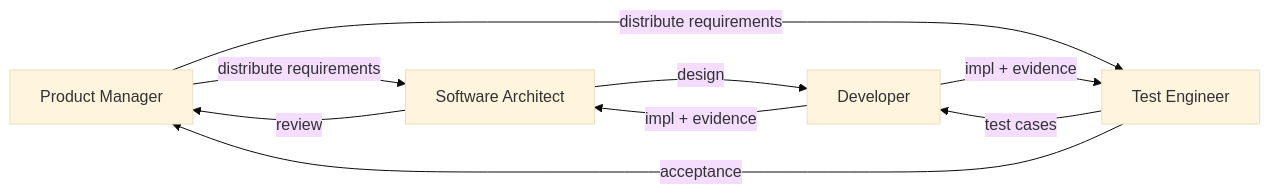
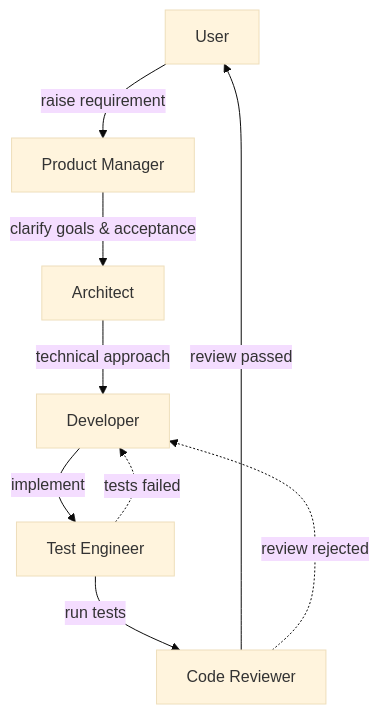
One commit to icylight/pi-tavern changed the second of 6 diagrams in README.en.md. Above: the diagram before and after it, drawn with Mermaid (base theme). The commit also changed other lines of this file and 4 other files, not shown here.

First line of the commit message:
docs(refactor): Phase 5 收口——ADR-0005 Accepted + 五层依赖图 + README 场景章节重写（#58） (#75)

````diff
--- a/README.en.md
+++ b/README.en.md
@@ -125,9 +127,11 @@
 ```mermaid
-flowchart LR
-    PM["Product Manager"] -->|"distribute requirements"| AR["Software Architect"] & TE["Test Engineer"]
-    AR -->|"design"| DV["Developer"]
-    TE -->|"test cases"| DV
-    DV -->|"impl + evidence"| AR & TE
-    AR -->|"review"| PM
-    TE -->|"acceptance"| PM
+flowchart TD
+    U["User"] -->|"raise requirement"| PM["Product Manager"]
+    PM -->|"clarify goals & acceptance"| AR["Architect"]
+    AR -->|"technical approach"| DV["Developer"]
+    DV -->|"implement"| TE["Test Engineer"]
+    TE -->|"run tests"| CR["Code Reviewer"]
+    CR -->|"review passed"| U
+    TE -.->|"tests failed"| DV
+    CR -.->|"review rejected"| DV
 ```
````
